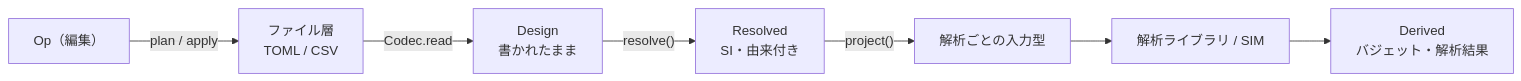
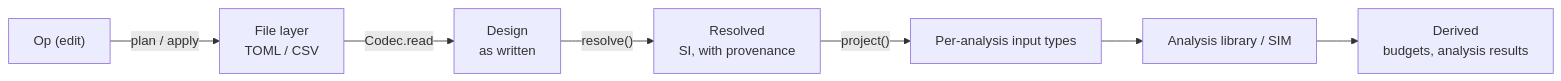
Before and after one commit to akira-nkjm/iwafune: the diagram in docs/model.md, drawn with Mermaid. The commit also changed other lines of this file, not shown here.

````diff
--- a/docs/model.md
+++ b/docs/model.md
@@ -144,9 +144,9 @@
 ```mermaid
 flowchart LR
-  F["ファイル層<br/>TOML / CSV"] -->|"Codec.read"| D["Design<br/>書かれたまま"]
-  D -->|"resolve()"| R["Resolved<br/>SI・由来付き"]
-  R -->|"project()"| I["解析ごとの入力型"]
-  I --> A["解析ライブラリ / SIM"]
-  A --> X["Derived<br/>バジェット・解析結果"]
-  O["Op（編集）"] -->|"plan / apply"| F
+  F["File layer<br/>TOML / CSV"] -->|"Codec.read"| D["Design<br/>as written"]
+  D -->|"resolve()"| R["Resolved<br/>SI, with provenance"]
+  R -->|"project()"| I["Per-analysis input types"]
+  I --> A["Analysis library / SIM"]
+  A --> X["Derived<br/>budgets, analysis results"]
+  O["Op (edit)"] -->|"plan / apply"| F
 ```
````
